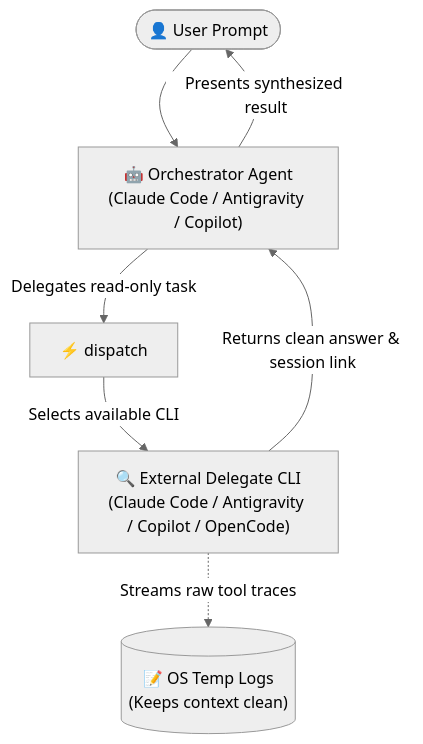
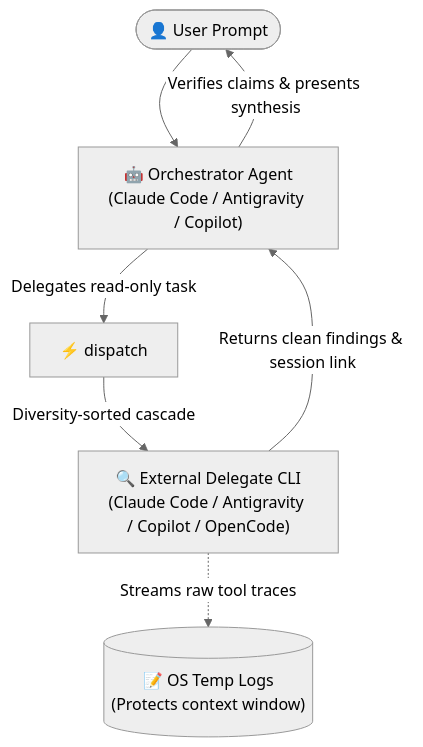
Before and after one commit to Gyunikuchan/dispatch-skills: the diagram in skills/dispatch/README.md, drawn with Mermaid (neutral theme). The commit also changed other lines of this file, not shown here.

Commit message:
docs(dispatch): optimize and rewrite README for human users

````diff
--- a/skills/dispatch/README.md
+++ b/skills/dispatch/README.md
@@ -17,12 +17,12 @@
 ```mermaid
 flowchart TD
     User(["👤 User Prompt"]) --> Orchestrator["🤖 Orchestrator Agent<br/>(Claude Code / Antigravity / Copilot)"]
     Orchestrator -->|"Delegates read-only task"| Dispatch["⚡ dispatch"]
     
-    Dispatch -->|"Selects available CLI"| Delegate["🔍 External Delegate CLI<br/>(Claude Code / Antigravity / Copilot / OpenCode)"]
+    Dispatch -->|"Diversity-sorted cascade"| Delegate["🔍 External Delegate CLI<br/>(Claude Code / Antigravity / Copilot / OpenCode)"]
     
-    Delegate -.->|"Streams raw tool traces"| Logs[("📝 OS Temp Logs<br/>(Keeps context clean)")]
-    Delegate -->|"Returns clean answer & session link"| Orchestrator
+    Delegate -.->|"Streams raw tool traces"| Logs[("📝 OS Temp Logs<br/>(Protects context window)")]
+    Delegate -->|"Returns clean findings & session link"| Orchestrator
     
-    Orchestrator -->|"Presents synthesized result"| User
+    Orchestrator -->|"Verifies claims & presents synthesis"| User
 ```
````
